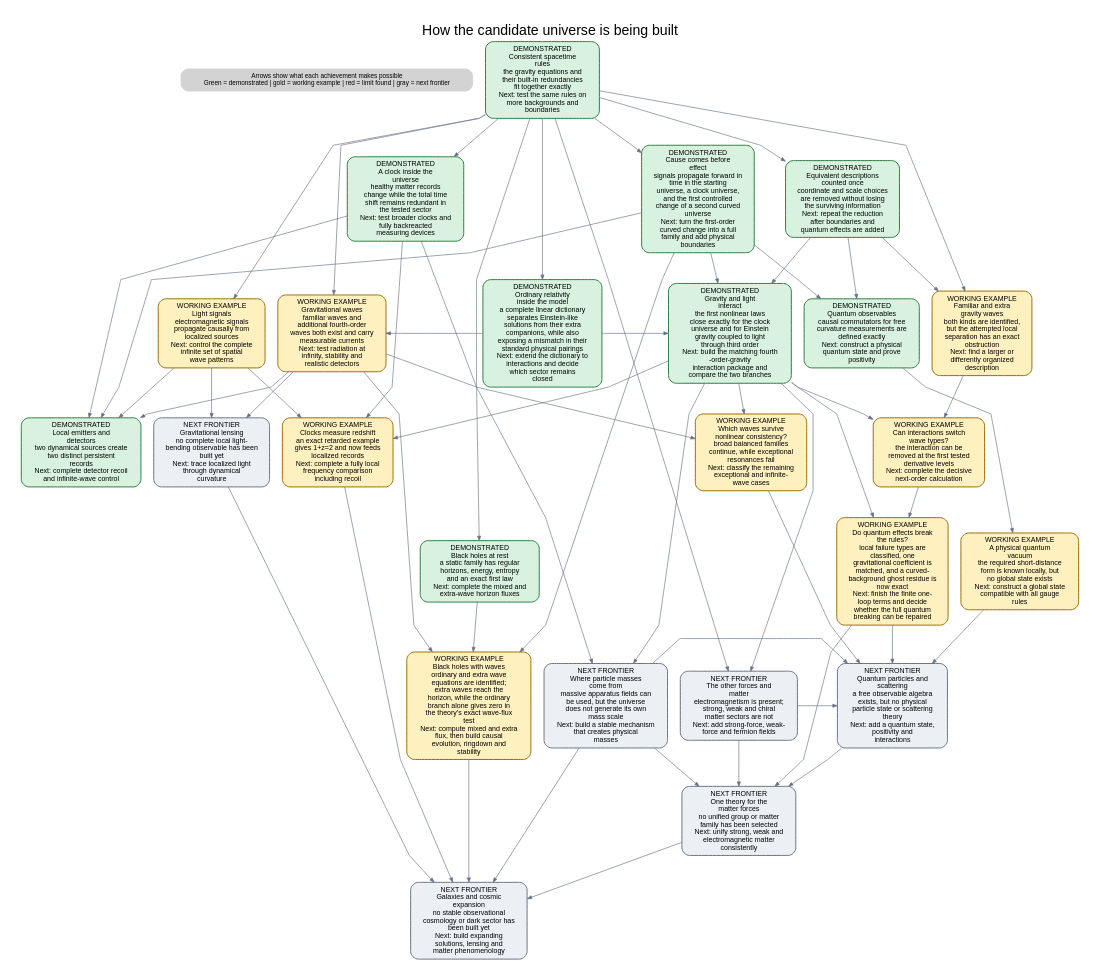
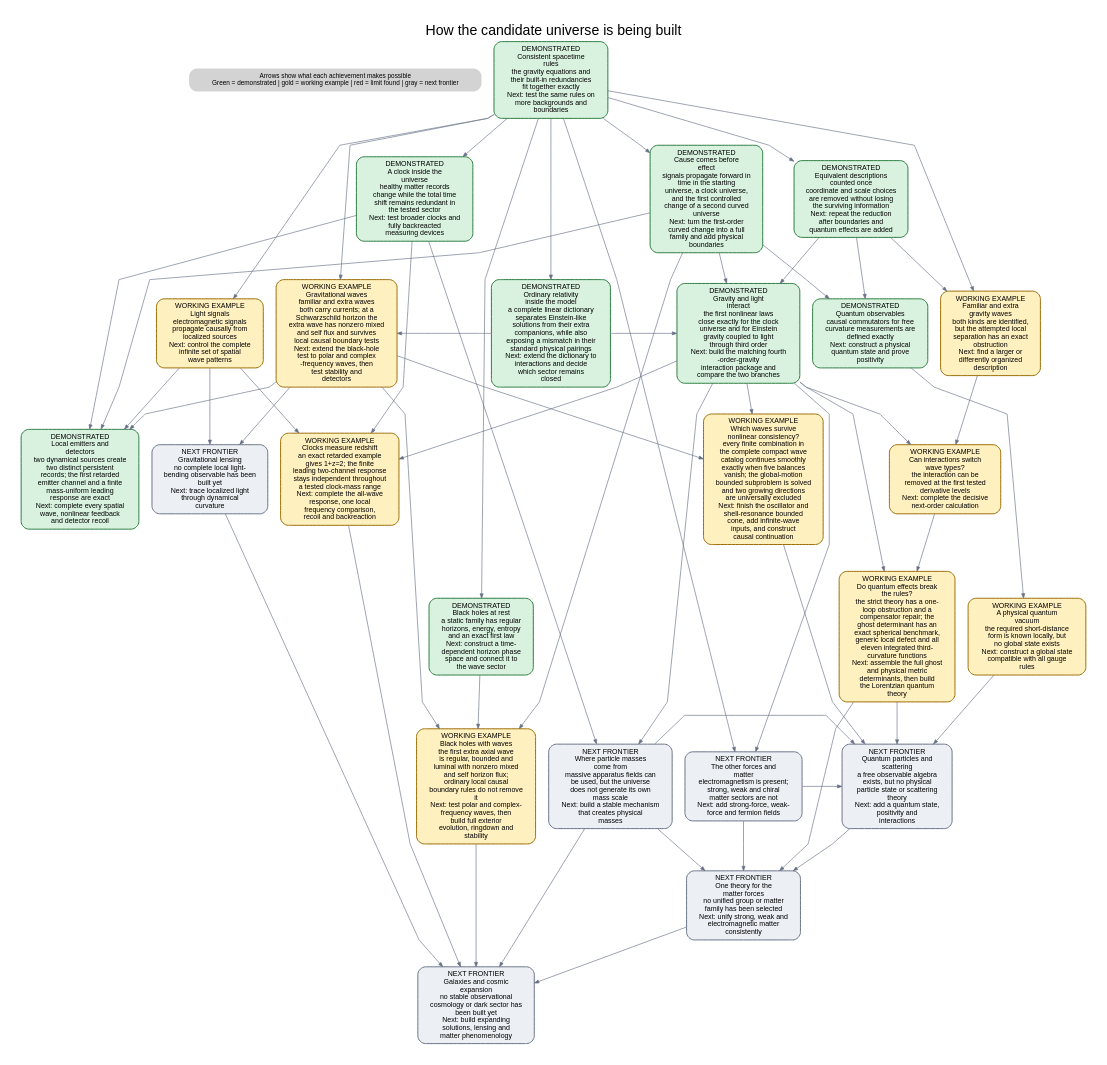
Before and after one commit to area9innovation/weyl-gravity: the diagram in certificate_graph/universe-building-dag.dot, drawn with Graphviz. The commit also changed 27 other files, not shown here.

```diff
--- a/certificate_graph/universe-building-dag.dot
+++ b/certificate_graph/universe-building-dag.dot
@@ -12,21 +12,21 @@
   "interactions" [shape=box, label="DEMONSTRATED\nGravity and light\ninteract\nthe first nonlinear laws\nclose exactly for the clock\nuniverse and for Einstein\ngravity coupled to light\nthrough third order\nNext: build the matching fourth\n-order-gravity\ninteraction package and\ncompare the two branches", fillcolor="#d9f2df", color="#287a3d", tooltip="DEMONSTRATED\nGravity and light\ninteract\nthe first nonlinear laws\nclose exactly for the clock\nuniverse and for Einstein\ngravity coupled to light\nthrough third order\nNext: build the matching fourth\n-order-gravity\ninteraction package and\ncompare the two branches"];
   "berger_branch_carrier" [shape=box, label="WORKING EXAMPLE\nFamiliar and extra\ngravity waves\nboth kinds are identified,\nbut the attempted local\nseparation has an exact\nobstruction\nNext: find a larger or\ndifferently organized\ndescription", fillcolor="#fff0bf", color="#9a6a00", tooltip="WORKING EXAMPLE\nFamiliar and extra\ngravity waves\nboth kinds are identified,\nbut the attempted local\nseparation has an exact\nobstruction\nNext: find a larger or\ndifferently organized\ndescription"];
   "branch_mixing" [shape=box, label="WORKING EXAMPLE\nCan interactions switch\nwave types?\nthe interaction can be\nremoved at the first tested\nderivative levels\nNext: complete the decisive\nnext-order calculation", fillcolor="#fff0bf", color="#9a6a00", tooltip="WORKING EXAMPLE\nCan interactions switch\nwave types?\nthe interaction can be\nremoved at the first tested\nderivative levels\nNext: complete the decisive\nnext-order calculation"];
-  "taub_selection" [shape=box, label="WORKING EXAMPLE\nWhich waves survive\nnonlinear consistency?\nbroad balanced families\ncontinue, while exceptional\nresonances fail\nNext: classify the remaining\nexceptional and infinite-\nwave cases", fillcolor="#fff0bf", color="#9a6a00", tooltip="WORKING EXAMPLE\nWhich waves survive\nnonlinear consistency?\nbroad balanced families\ncontinue, while exceptional\nresonances fail\nNext: classify the remaining\nexceptional and infinite-\nwave cases"];
+  "taub_selection" [shape=box, label="WORKING EXAMPLE\nWhich waves survive\nnonlinear consistency?\nevery finite combination in\nthe complete compact wave\ncatalog continues smoothly\nexactly when five balances\nvanish; the global-motion\nbounded subproblem is solved\nand two growing directions\nare universally excluded\nNext: finish the oscillator and\nshell-resonance bounded\ncone, add infinite-wave\ninputs, and construct\ncausal continuation", fillcolor="#fff0bf", color="#9a6a00", tooltip="WORKING EXAMPLE\nWhich waves survive\nnonlinear consistency?\nevery finite combination in\nthe complete compact wave\ncatalog continues smoothly\nexactly when five balances\nvanish; the global-motion\nbounded subproblem is solved\nand two growing directions\nare universally excluded\nNext: finish the oscillator and\nshell-resonance bounded\ncone, add infinite-wave\ninputs, and construct\ncausal continuation"];
   "einstein_weyl_relative" [shape=box, label="DEMONSTRATED\nOrdinary relativity\ninside the model\na complete linear dictionary\nseparates Einstein-like\nsolutions from their extra\ncompanions, while also\nexposing a mismatch in their\nstandard physical pairings\nNext: extend the dictionary to\ninteractions and decide\nwhich sector remains\nclosed", fillcolor="#d9f2df", color="#287a3d", tooltip="DEMONSTRATED\nOrdinary relativity\ninside the model\na complete linear dictionary\nseparates Einstein-like\nsolutions from their extra\ncompanions, while also\nexposing a mismatch in their\nstandard physical pairings\nNext: extend the dictionary to\ninteractions and decide\nwhich sector remains\nclosed"];
   "light" [shape=box, label="WORKING EXAMPLE\nLight signals\nelectromagnetic signals\npropagate causally from\nlocalized sources\nNext: control the complete\ninfinite set of spatial\nwave patterns", fillcolor="#fff0bf", color="#9a6a00", tooltip="WORKING EXAMPLE\nLight signals\nelectromagnetic signals\npropagate causally from\nlocalized sources\nNext: control the complete\ninfinite set of spatial\nwave patterns"];
-  "gravity_waves" [shape=box, label="WORKING EXAMPLE\nGravitational waves\nfamiliar waves and\nadditional fourth-order\nwaves both exist and carry\nmeasurable currents\nNext: test radiation at\ninfinity, stability and\nrealistic detectors", fillcolor="#fff0bf", color="#9a6a00", tooltip="WORKING EXAMPLE\nGravitational waves\nfamiliar waves and\nadditional fourth-order\nwaves both exist and carry\nmeasurable currents\nNext: test radiation at\ninfinity, stability and\nrealistic detectors"];
-  "redshift" [shape=box, label="WORKING EXAMPLE\nClocks measure redshift\nan exact retarded example\ngives 1+z=2 and now feeds\nlocalized records\nNext: complete a fully local\nfrequency comparison\nincluding recoil", fillcolor="#fff0bf", color="#9a6a00", tooltip="WORKING EXAMPLE\nClocks measure redshift\nan exact retarded example\ngives 1+z=2 and now feeds\nlocalized records\nNext: complete a fully local\nfrequency comparison\nincluding recoil"];
-  "detector" [shape=box, label="DEMONSTRATED\nLocal emitters and\ndetectors\ntwo dynamical sources create\ntwo distinct persistent\nrecords\nNext: complete detector recoil\nand infinite-wave control", fillcolor="#d9f2df", color="#287a3d", tooltip="DEMONSTRATED\nLocal emitters and\ndetectors\ntwo dynamical sources create\ntwo distinct persistent\nrecords\nNext: complete detector recoil\nand infinite-wave control"];
+  "gravity_waves" [shape=box, label="WORKING EXAMPLE\nGravitational waves\nfamiliar and extra waves\nboth carry currents; at a\nSchwarzschild horizon the\nextra wave has nonzero mixed\nand self flux and survives\nlocal causal boundary tests\nNext: extend the black-hole\ntest to polar and complex\n-frequency waves, then\ntest stability and\ndetectors", fillcolor="#fff0bf", color="#9a6a00", tooltip="WORKING EXAMPLE\nGravitational waves\nfamiliar and extra waves\nboth carry currents; at a\nSchwarzschild horizon the\nextra wave has nonzero mixed\nand self flux and survives\nlocal causal boundary tests\nNext: extend the black-hole\ntest to polar and complex\n-frequency waves, then\ntest stability and\ndetectors"];
+  "redshift" [shape=box, label="WORKING EXAMPLE\nClocks measure redshift\nan exact retarded example\ngives 1+z=2; the finite\nleading two-channel response\nstays independent throughout\na tested clock-mass range\nNext: complete the all-wave\nresponse, one local\nfrequency comparison,\nrecoil and backreaction", fillcolor="#fff0bf", color="#9a6a00", tooltip="WORKING EXAMPLE\nClocks measure redshift\nan exact retarded example\ngives 1+z=2; the finite\nleading two-channel response\nstays independent throughout\na tested clock-mass range\nNext: complete the all-wave\nresponse, one local\nfrequency comparison,\nrecoil and backreaction"];
+  "detector" [shape=box, label="DEMONSTRATED\nLocal emitters and\ndetectors\ntwo dynamical sources create\ntwo distinct persistent\nrecords; the first retarded\nemitter channel and a finite\nmass-uniform leading\nresponse are exact\nNext: complete every spatial\nwave, nonlinear feedback\nand detector recoil", fillcolor="#d9f2df", color="#287a3d", tooltip="DEMONSTRATED\nLocal emitters and\ndetectors\ntwo dynamical sources create\ntwo distinct persistent\nrecords; the first retarded\nemitter channel and a finite\nmass-uniform leading\nresponse are exact\nNext: complete every spatial\nwave, nonlinear feedback\nand detector recoil"];
   "quantum_observables" [shape=box, label="DEMONSTRATED\nQuantum observables\ncausal commutators for free\ncurvature measurements are\ndefined exactly\nNext: construct a physical\nquantum state and prove\npositivity", fillcolor="#d9f2df", color="#287a3d", tooltip="DEMONSTRATED\nQuantum observables\ncausal commutators for free\ncurvature measurements are\ndefined exactly\nNext: construct a physical\nquantum state and prove\npositivity"];
   "hadamard" [shape=box, label="WORKING EXAMPLE\nA physical quantum\nvacuum\nthe required short-distance\nform is known locally, but\nno global state exists\nNext: construct a global state\ncompatible with all gauge\nrules", fillcolor="#fff0bf", color="#9a6a00", tooltip="WORKING EXAMPLE\nA physical quantum\nvacuum\nthe required short-distance\nform is known locally, but\nno global state exists\nNext: construct a global state\ncompatible with all gauge\nrules"];
-  "anomalies" [shape=box, label="WORKING EXAMPLE\nDo quantum effects break\nthe rules?\nlocal failure types are\nclassified, one\ngravitational coefficient is\nmatched, and a curved-\nbackground ghost residue is\nnow exact\nNext: finish the finite one-\nloop terms and decide\nwhether the full quantum\nbreaking can be repaired", fillcolor="#fff0bf", color="#9a6a00", tooltip="WORKING EXAMPLE\nDo quantum effects break\nthe rules?\nlocal failure types are\nclassified, one\ngravitational coefficient is\nmatched, and a curved-\nbackground ghost residue is\nnow exact\nNext: finish the finite one-\nloop terms and decide\nwhether the full quantum\nbreaking can be repaired"];
+  "anomalies" [shape=box, label="WORKING EXAMPLE\nDo quantum effects break\nthe rules?\nthe strict theory has a one-\nloop obstruction and a\ncompensator repair; the\nghost determinant has an\nexact spherical benchmark,\ngeneric local defect and all\neleven integrated third-\ncurvature functions\nNext: assemble the full ghost\nand physical metric\ndeterminants, then build\nthe Lorentzian quantum\ntheory", fillcolor="#fff0bf", color="#9a6a00", tooltip="WORKING EXAMPLE\nDo quantum effects break\nthe rules?\nthe strict theory has a one-\nloop obstruction and a\ncompensator repair; the\nghost determinant has an\nexact spherical benchmark,\ngeneric local defect and all\neleven integrated third-\ncurvature functions\nNext: assemble the full ghost\nand physical metric\ndeterminants, then build\nthe Lorentzian quantum\ntheory"];
   "lensing" [shape=box, label="NEXT FRONTIER\nGravitational lensing\nno complete local light-\nbending observable has been\nbuilt yet\nNext: trace localized light\nthrough dynamical\ncurvature", fillcolor="#eceff3", color="#667085", tooltip="NEXT FRONTIER\nGravitational lensing\nno complete local light-\nbending observable has been\nbuilt yet\nNext: trace localized light\nthrough dynamical\ncurvature"];
   "mass" [shape=box, label="NEXT FRONTIER\nWhere particle masses\ncome from\nmassive apparatus fields can\nbe used, but the universe\ndoes not generate its own\nmass scale\nNext: build a stable mechanism\nthat creates physical\nmasses", fillcolor="#eceff3", color="#667085", tooltip="NEXT FRONTIER\nWhere particle masses\ncome from\nmassive apparatus fields can\nbe used, but the universe\ndoes not generate its own\nmass scale\nNext: build a stable mechanism\nthat creates physical\nmasses"];
   "nonabelian_matter" [shape=box, label="NEXT FRONTIER\nThe other forces and\nmatter\nelectromagnetism is present;\nstrong, weak and chiral\nmatter sectors are not\nNext: add strong-force, weak-\nforce and fermion fields", fillcolor="#eceff3", color="#667085", tooltip="NEXT FRONTIER\nThe other forces and\nmatter\nelectromagnetism is present;\nstrong, weak and chiral\nmatter sectors are not\nNext: add strong-force, weak-\nforce and fermion fields"];
   "particles" [shape=box, label="NEXT FRONTIER\nQuantum particles and\nscattering\na free observable algebra\nexists, but no physical\nparticle state or scattering\ntheory\nNext: add a quantum state,\npositivity and\ninteractions", fillcolor="#eceff3", color="#667085", tooltip="NEXT FRONTIER\nQuantum particles and\nscattering\na free observable algebra\nexists, but no physical\nparticle state or scattering\ntheory\nNext: add a quantum state,\npositivity and\ninteractions"];
-  "black_hole_static" [shape=box, label="DEMONSTRATED\nBlack holes at rest\na static family has regular\nhorizons, energy, entropy\nand an exact first law\nNext: complete the mixed and\nextra-wave horizon fluxes", fillcolor="#d9f2df", color="#287a3d", tooltip="DEMONSTRATED\nBlack holes at rest\na static family has regular\nhorizons, energy, entropy\nand an exact first law\nNext: complete the mixed and\nextra-wave horizon fluxes"];
-  "black_holes" [shape=box, label="WORKING EXAMPLE\nBlack holes with waves\nordinary and extra wave\nequations are identified;\nextra waves reach the\nhorizon, while the ordinary\nbranch alone gives zero in\nthe theory's exact wave-flux\ntest\nNext: compute mixed and extra\nflux, then build causal\nevolution, ringdown and\nstability", fillcolor="#fff0bf", color="#9a6a00", tooltip="WORKING EXAMPLE\nBlack holes with waves\nordinary and extra wave\nequations are identified;\nextra waves reach the\nhorizon, while the ordinary\nbranch alone gives zero in\nthe theory's exact wave-flux\ntest\nNext: compute mixed and extra\nflux, then build causal\nevolution, ringdown and\nstability"];
+  "black_hole_static" [shape=box, label="DEMONSTRATED\nBlack holes at rest\na static family has regular\nhorizons, energy, entropy\nand an exact first law\nNext: construct a time-\ndependent horizon phase\nspace and connect it to\nthe wave sector", fillcolor="#d9f2df", color="#287a3d", tooltip="DEMONSTRATED\nBlack holes at rest\na static family has regular\nhorizons, energy, entropy\nand an exact first law\nNext: construct a time-\ndependent horizon phase\nspace and connect it to\nthe wave sector"];
+  "black_holes" [shape=box, label="WORKING EXAMPLE\nBlack holes with waves\nthe first extra axial wave\nis regular, bounded and\nluminal with nonzero mixed\nand self horizon flux;\nordinary local causal\nboundary rules do not remove\nit\nNext: test polar and complex-\nfrequency waves, then\nbuild full exterior\nevolution, ringdown and\nstability", fillcolor="#fff0bf", color="#9a6a00", tooltip="WORKING EXAMPLE\nBlack holes with waves\nthe first extra axial wave\nis regular, bounded and\nluminal with nonzero mixed\nand self horizon flux;\nordinary local causal\nboundary rules do not remove\nit\nNext: test polar and complex-\nfrequency waves, then\nbuild full exterior\nevolution, ringdown and\nstability"];
   "gut" [shape=box, label="NEXT FRONTIER\nOne theory for the\nmatter forces\nno unified group or matter\nfamily has been selected\nNext: unify strong, weak and\nelectromagnetic matter\nconsistently", fillcolor="#eceff3", color="#667085", tooltip="NEXT FRONTIER\nOne theory for the\nmatter forces\nno unified group or matter\nfamily has been selected\nNext: unify strong, weak and\nelectromagnetic matter\nconsistently"];
   "cosmology" [shape=box, label="NEXT FRONTIER\nGalaxies and cosmic\nexpansion\nno stable observational\ncosmology or dark sector has\nbeen built yet\nNext: build expanding\nsolutions, lensing and\nmatter phenomenology", fillcolor="#eceff3", color="#667085", tooltip="NEXT FRONTIER\nGalaxies and cosmic\nexpansion\nno stable observational\ncosmology or dark sector has\nbeen built yet\nNext: build expanding\nsolutions, lensing and\nmatter phenomenology"];
   { rank=same; "causality"; "residual"; "clock"; }
```
